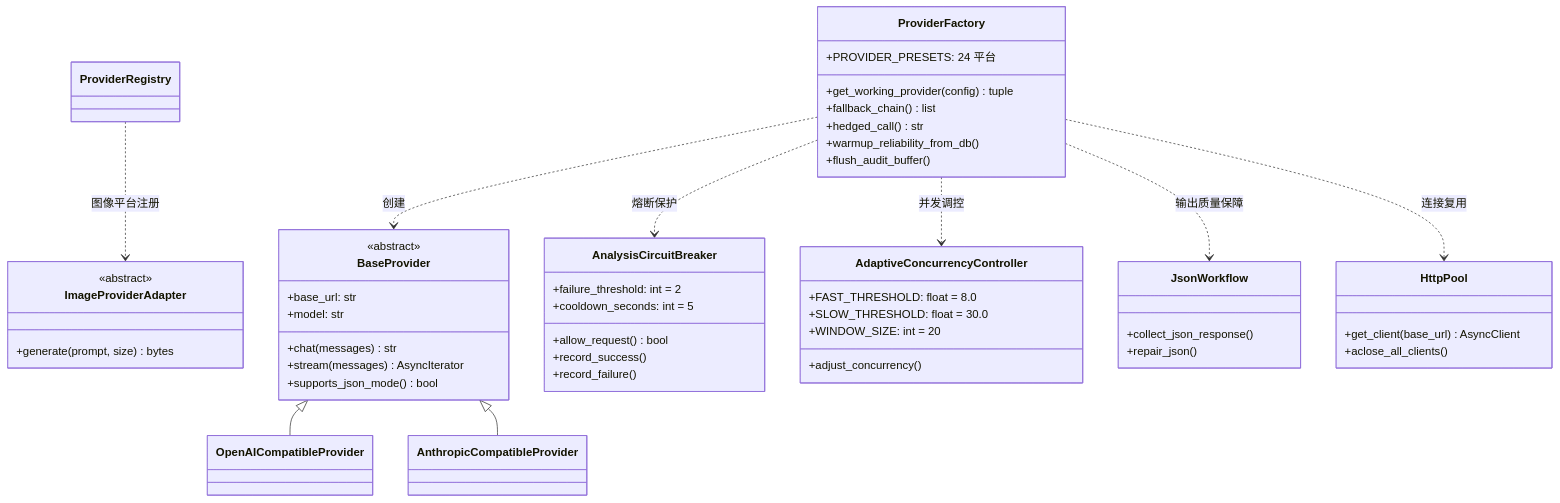
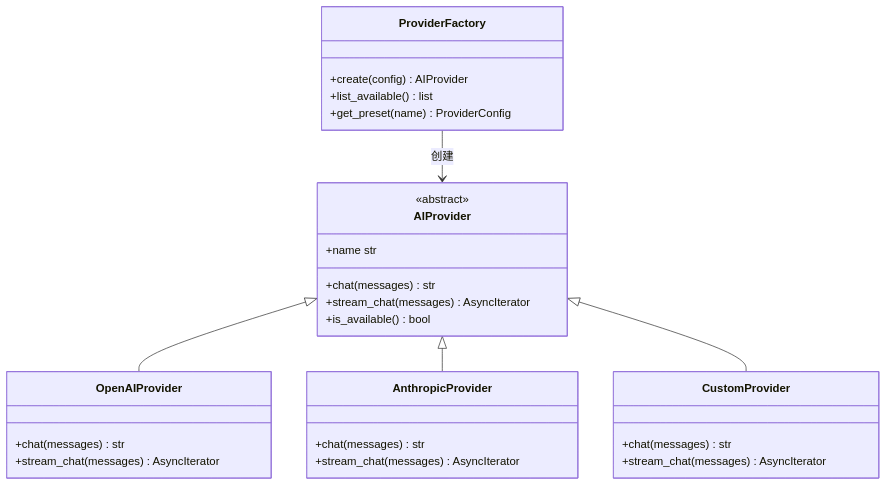
Before and after one commit to he-fei-ai/bidforge-jiangong: the fifth of 34 diagrams in docs/技术架构文档.MD, drawn with Mermaid. The commit also changed other lines of this file and 2 other files, not shown here.

First line of the commit message:
docs: 主文档更新至 v5.4，合并 v5.3 图集并对齐 2026-11-09 实测数字

````diff
--- a/docs/技术架构文档.MD
+++ b/docs/技术架构文档.MD
@@ -262,55 +333,36 @@
 ```mermaid
 classDiagram
-    class BaseProvider {
+    class AIProvider {
         <<abstract>>
-        +base_url: str
-        +model: str
         +chat(messages) str
-        +stream(messages) AsyncIterator
-        +supports_json_mode() bool
+        +stream_chat(messages) AsyncIterator
+        +name str
+        +is_available() bool
     }
-    class OpenAICompatibleProvider
-    class AnthropicCompatibleProvider
-    BaseProvider <|-- OpenAICompatibleProvider
-    BaseProvider <|-- AnthropicCompatibleProvider
-    class ImageProviderAdapter {
-        <<abstract>>
-        +generate(prompt, size) bytes
+
+    class OpenAIProvider {
+        +chat(messages) str
+        +stream_chat(messages) AsyncIterator
     }
-    class ProviderRegistry
+
+    class AnthropicProvider {
+        +chat(messages) str
+        +stream_chat(messages) AsyncIterator
+    }
+
+    class CustomProvider {
+        +chat(messages) str
+        +stream_chat(messages) AsyncIterator
+    }
+
     class ProviderFactory {
-        +PROVIDER_PRESETS: 24 平台
-        +get_working_provider(config) tuple
-        +fallback_chain() list
-        +hedged_call() str
-        +warmup_reliability_from_db()
-        +flush_audit_buffer()
+        +create(config) AIProvider
+        +list_available() list
+        +get_preset(name) ProviderConfig
     }
-    class AnalysisCircuitBreaker {
-        +failure_threshold: int = 2
-        +cooldown_seconds: int = 5
-        +allow_request() bool
-        +record_success()
-        +record_failure()
-    }
-    class AdaptiveConcurrencyController {
-        +FAST_THRESHOLD: float = 8.0
-        +SLOW_THRESHOLD: float = 30.0
-        +WINDOW_SIZE: int = 20
-        +adjust_concurrency()
-    }
-    class JsonWorkflow {
-        +collect_json_response()
-        +repair_json()
-    }
-    class HttpPool {
-        +get_client(base_url) AsyncClient
-        +aclose_all_clients()
-    }
-    ProviderFactory ..> BaseProvider : 创建
-    ProviderFactory ..> AnalysisCircuitBreaker : 熔断保护
-    ProviderFactory ..> AdaptiveConcurrencyController : 并发调控
-    ProviderFactory ..> JsonWorkflow : 输出质量保障
-    ProviderFactory ..> HttpPool : 连接复用
-    ProviderRegistry ..> ImageProviderAdapter : 图像平台注册
+
+    AIProvider <|-- OpenAIProvider
+    AIProvider <|-- AnthropicProvider
+    AIProvider <|-- CustomProvider
+    ProviderFactory --> AIProvider : 创建
 ```
````
